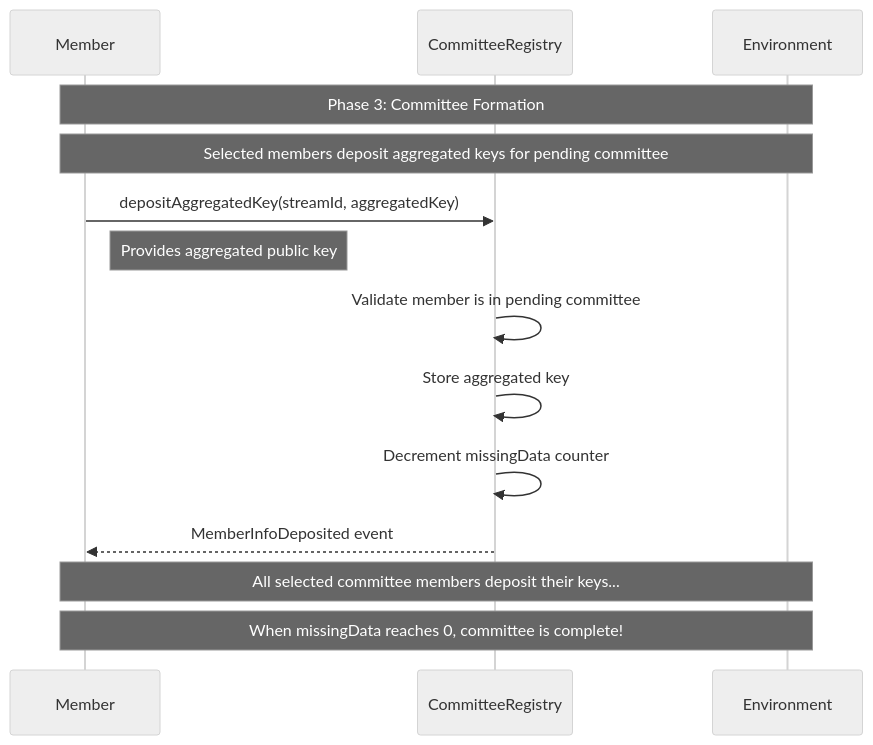
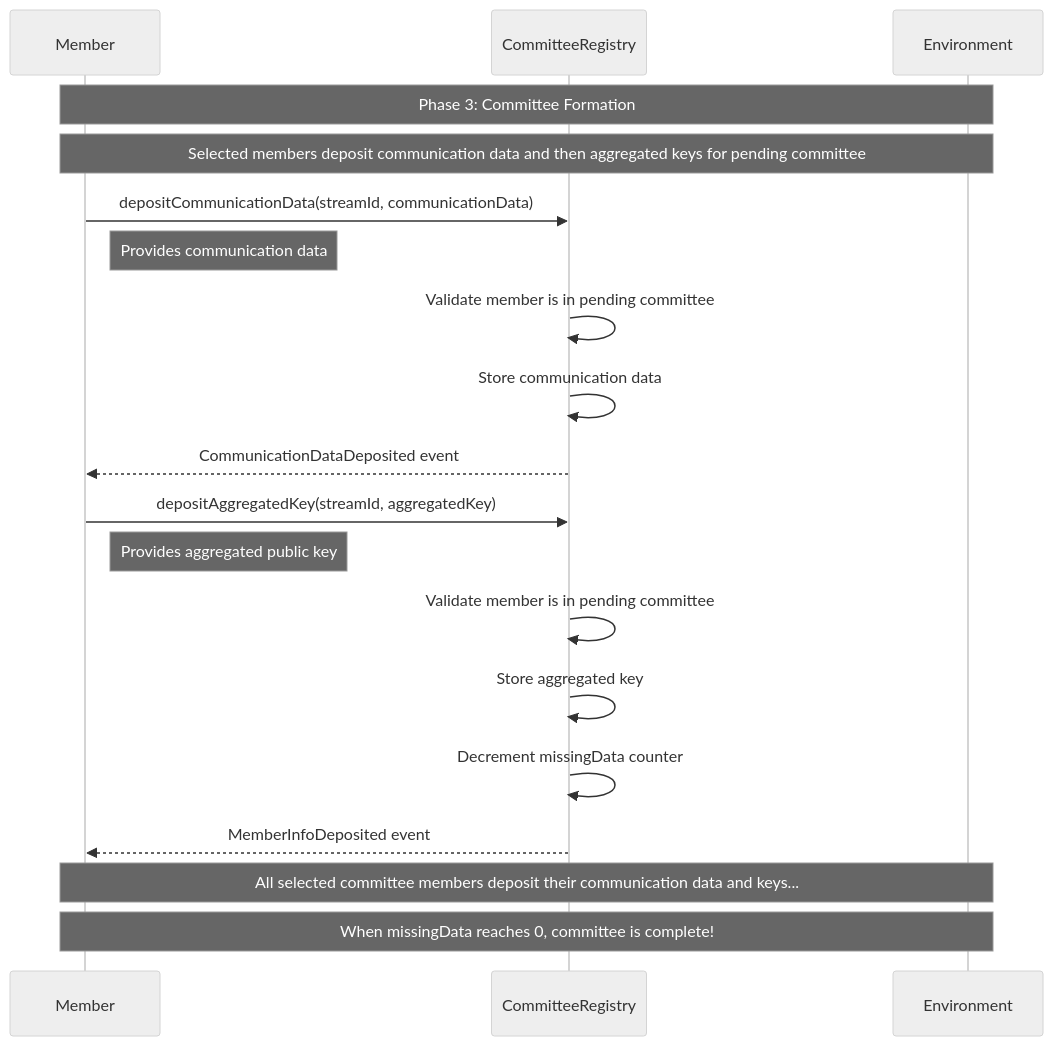
Before and after one commit to rsksmart/union-bridge-contracts: the third of 11 diagrams in README.md, drawn with Mermaid (neutral theme). The commit also changed other lines of this file, not shown here.

Commit message:
Update README and diagrams

````diff
--- a/README.md
+++ b/README.md
@@ -98,19 +99,25 @@
 ```mermaid
 sequenceDiagram
     participant M as Member
     participant CR as CommitteeRegistry
     participant ENV as Environment
 
     Note over M,ENV: Phase 3: Committee Formation
-    Note over M,ENV: Selected members deposit aggregated keys for pending committee
+    Note over M,ENV: Selected members deposit communication data and then aggregated keys for pending committee
+
+    M->>CR: depositCommunicationData(streamId, communicationData)
+    Note right of M: Provides communication data
+    CR->>CR: Validate member is in pending committee
+    CR->>CR: Store communication data
+    CR-->>M: CommunicationDataDeposited event
 
     M->>CR: depositAggregatedKey(streamId, aggregatedKey)
     Note right of M: Provides aggregated public key
     CR->>CR: Validate member is in pending committee
     CR->>CR: Store aggregated key
     CR->>CR: Decrement missingData counter
     CR-->>M: MemberInfoDeposited event
 
-    Note over M,ENV: All selected committee members deposit their keys...
+    Note over M,ENV: All selected committee members deposit their communication data and keys...
     Note over M,ENV: When missingData reaches 0, committee is complete!
 ```
````
